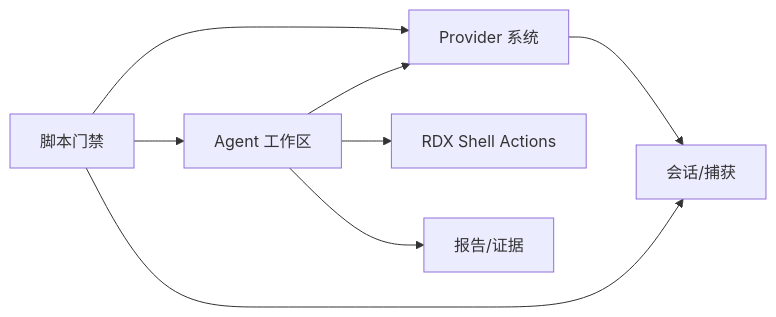
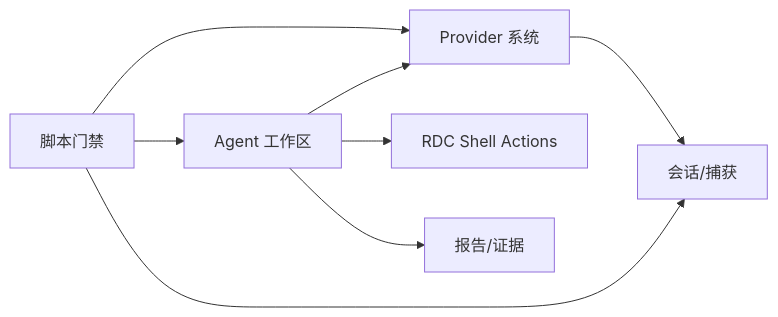
The seventh of 8 diagrams in .qoder/repowiki/zh/content/扩展开发/扩展开发.md (haolange/RDC-Agent), drawn with Mermaid before and after one commit. The commit also changed other lines of this file and 557 other files, not shown here.

````diff
--- a/.qoder/repowiki/zh/content/扩展开发/扩展开发.md
+++ b/.qoder/repowiki/zh/content/扩展开发/扩展开发.md
@@ -237,10 +237,10 @@
 ```mermaid
 graph LR
 A["Agent 工作区"] --> B["Provider 系统"]
-A --> C["RDX Shell Actions"]
+A --> C["RDC Shell Actions"]
 B --> D["会话/捕获"]
 A --> E["报告/证据"]
 F["脚本门禁"] --> B
 F --> A
 F --> D
 ```
````
